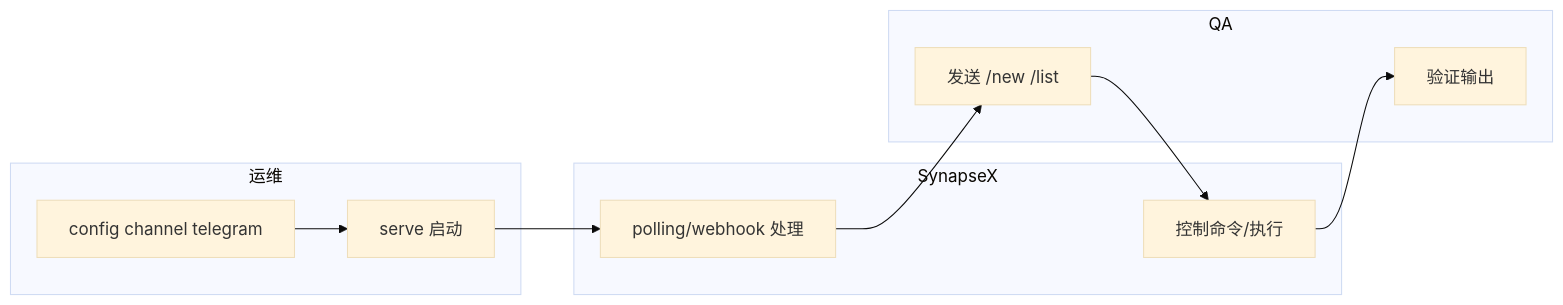
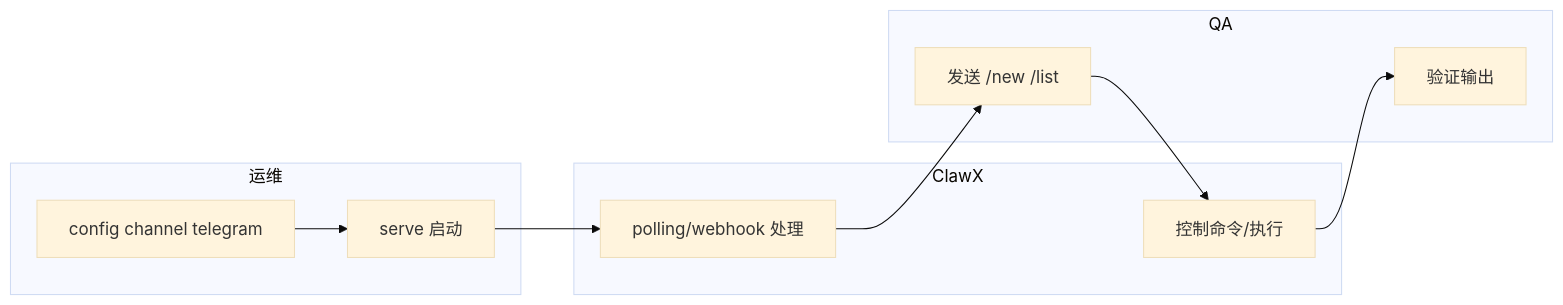
One commit to ArtisanCloud/ClawX changed the third of 3 diagrams in docs/guides/features/004-channels/usecase-us1-telegram-dual-mode.md. Above: the diagram before and after it, drawn with Mermaid (base theme). The commit also changed other lines of this file and 158 other files, not shown here.

````diff
--- a/docs/guides/features/004-channels/usecase-us1-telegram-dual-mode.md
+++ b/docs/guides/features/004-channels/usecase-us1-telegram-dual-mode.md
@@ -43,16 +43,16 @@
 ```mermaid
 flowchart LR
   subgraph L1["运维"]
     O1["config channel telegram"]
     O2["serve 启动"]
   end
-  subgraph L2["SynapseX"]
+  subgraph L2["ClawX"]
     S1["polling/webhook 处理"]
     S2["控制命令/执行"]
   end
   subgraph L3["QA"]
     Q1["发送 /new /list"]
     Q2["验证输出"]
   end
   O1 --> O2 --> S1 --> Q1 --> S2 --> Q2
 ```
````
